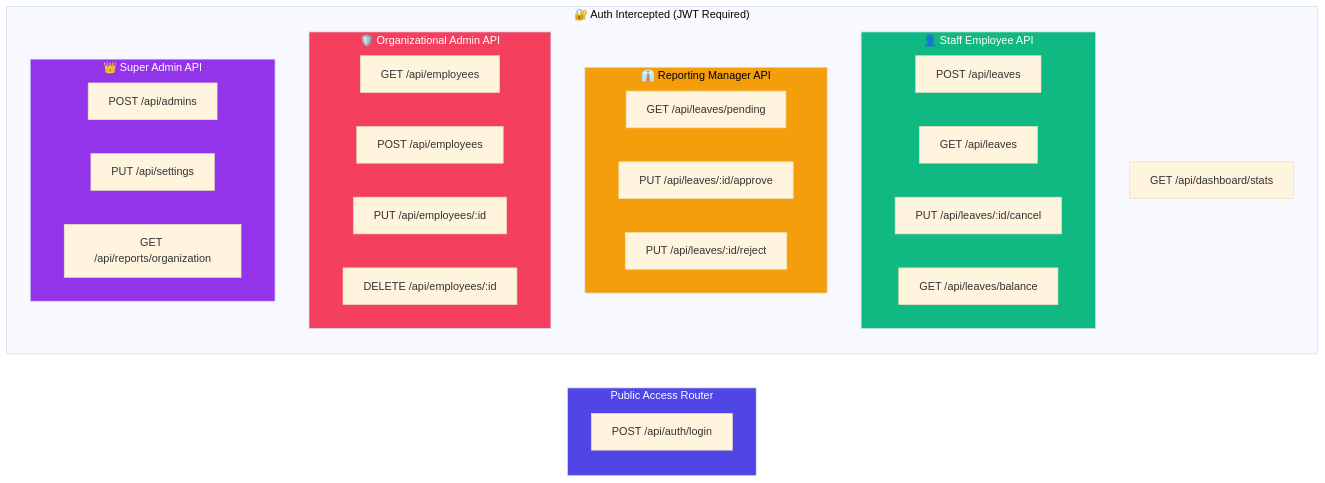
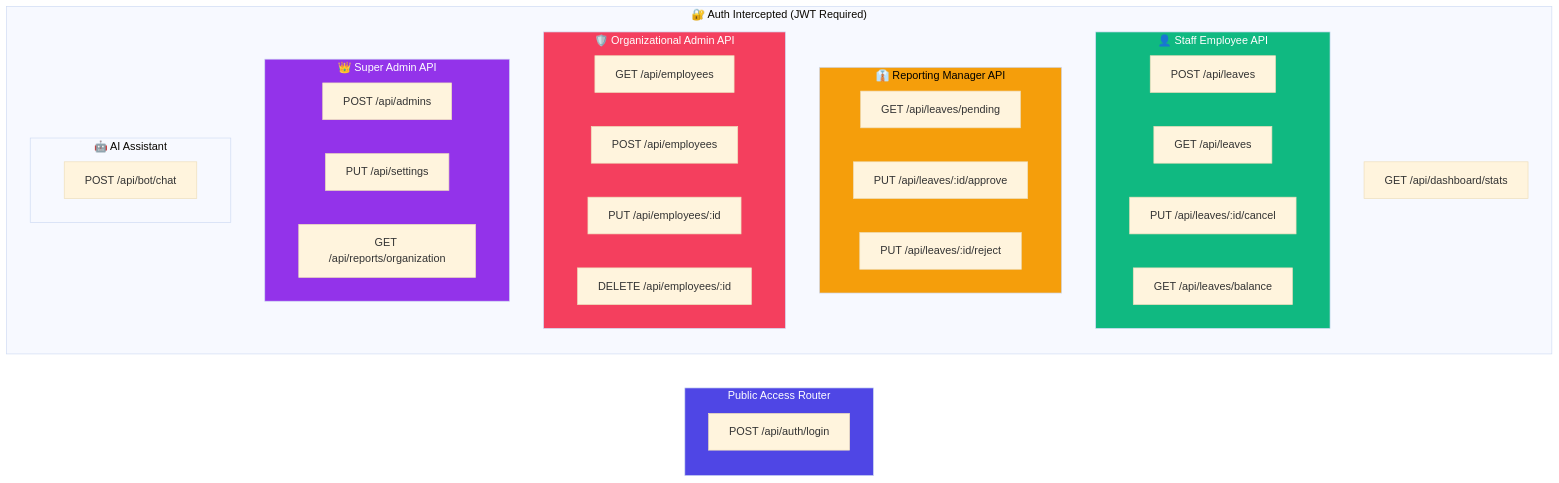
One commit to algorithnicmind/Bookflow-management changed the third of 4 diagrams in docs/05-HLD.md. Above: the diagram before and after it, drawn with Mermaid (base theme). The commit also changed other lines of this file and 7 other files, not shown here.

````diff
--- a/docs/05-HLD.md
+++ b/docs/05-HLD.md
@@ -197,42 +210,46 @@
 ```mermaid
 graph LR
     subgraph Public["Public Access Router"]
         L[POST /api/auth/login]
     end
     
     subgraph Authenticated["🔐 Auth Intercepted (JWT Required)"]
         subgraph Employee["👤 Staff Employee API"]
             E1[POST /api/leaves]
             E2[GET /api/leaves]
             E3[PUT /api/leaves/:id/cancel]
             E4[GET /api/leaves/balance]
         end
         
         subgraph ManagerOnly["👔 Reporting Manager API"]
             M1[GET /api/leaves/pending]
             M2[PUT /api/leaves/:id/approve]
             M3[PUT /api/leaves/:id/reject]
         end
         
         subgraph AdminOnly["🛡️ Organizational Admin API"]
             A1[GET /api/employees]
             A2[POST /api/employees]
             A3[PUT /api/employees/:id]
             A4[DELETE /api/employees/:id]
         end
         
         subgraph SuperAdminOnly["👑 Super Admin API"]
             SA1[POST /api/admins]
             SA2[PUT /api/settings]
             SA3[GET /api/reports/organization]
         end
         
+        subgraph Chatbot["🤖 AI Assistant"]
+            C1[POST /api/bot/chat]
+        end
+        
         D1[GET /api/dashboard/stats]
     end
     
     style Public fill:#4F46E5,color:#fff
     style Employee fill:#10B981,color:#fff
     style ManagerOnly fill:#F59E0B,color:#000
     style AdminOnly fill:#F43F5E,color:#fff
     style SuperAdminOnly fill:#9333EA,color:#fff
 ```
````
